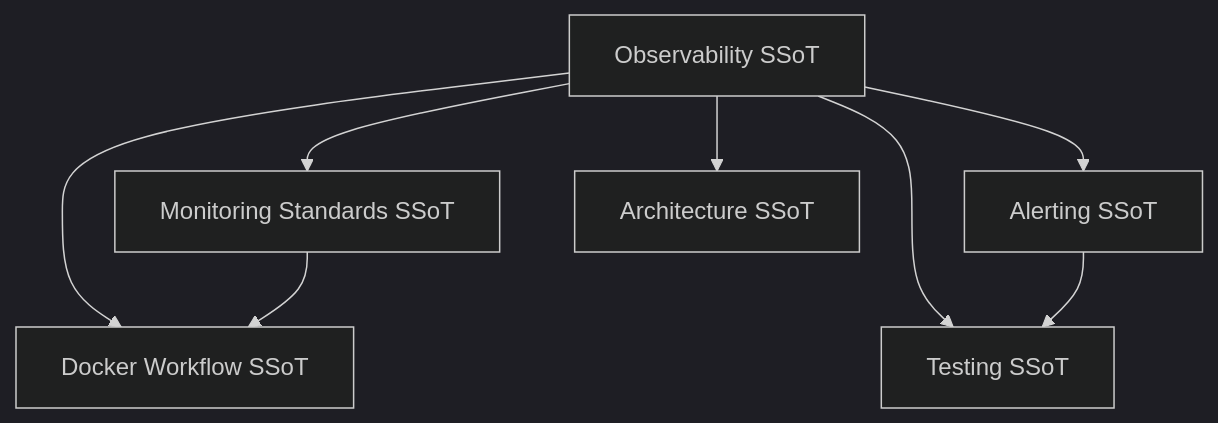
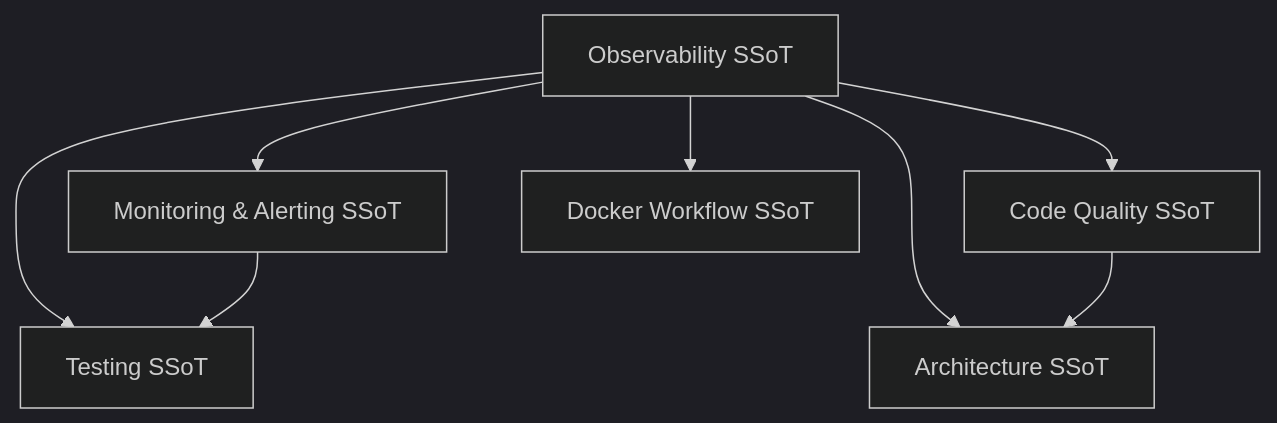
Before and after one commit to Tuee22/effectful: the first of 2 diagrams in documents/engineering/observability.md, drawn with Mermaid (dark theme). The commit also changed other lines of this file and 87 other files, not shown here.

````diff
--- a/documents/engineering/observability.md
+++ b/documents/engineering/observability.md
@@ -9,17 +9,17 @@
 ```mermaid
 flowchart TB
   Observability[Observability SSoT]
-  Monitoring[Monitoring Standards SSoT]
-  Alerting[Alerting SSoT]
+  MonAlert[Monitoring & Alerting SSoT]
+  CodeQuality[Code Quality SSoT]
   Architecture[Architecture SSoT]
   Docker[Docker Workflow SSoT]
   Testing[Testing SSoT]
 
-  Observability --> Monitoring
-  Observability --> Alerting
+  Observability --> MonAlert
+  Observability --> CodeQuality
   Observability --> Architecture
   Observability --> Docker
   Observability --> Testing
-  Monitoring --> Docker
-  Alerting --> Testing
+  MonAlert --> Testing
+  CodeQuality --> Architecture
 ```
````
